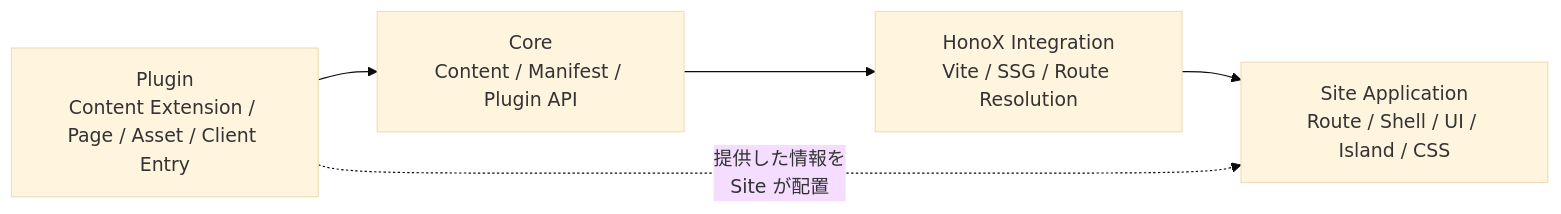
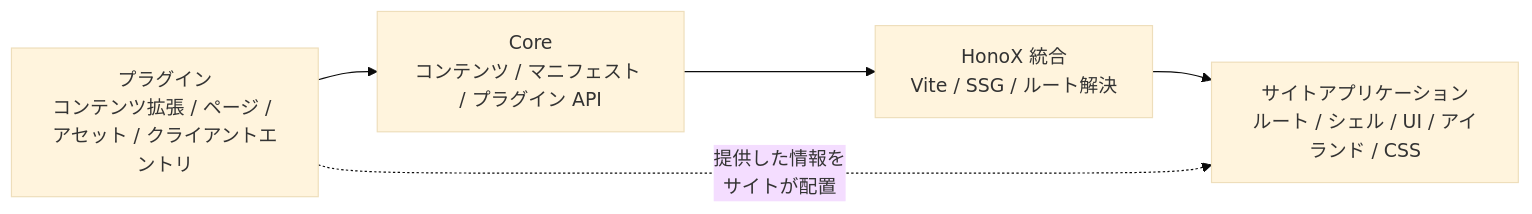
One commit to Rerurate514/riebeckite changed the fourth of 4 diagrams in docs/docs/framework/honox-integration.ja.md. Above: the diagram before and after it, drawn with Mermaid (base theme). The commit also changed other lines of this file and 310 other files, not shown here.

````diff
--- a/docs/docs/framework/honox-integration.ja.md
+++ b/docs/docs/framework/honox-integration.ja.md
@@ -305,12 +279,12 @@
 ```mermaid
 flowchart LR
-    Core["Core<br/>Content / Manifest / Plugin API"]
-    Integration["HonoX Integration<br/>Vite / SSG / Route Resolution"]
-    Plugin["Plugin<br/>Content Extension / Page / Asset / Client Entry"]
-    Site["Site Application<br/>Route / Shell / UI / Island / CSS"]
+    Core["Core<br/>コンテンツ / マニフェスト / プラグイン API"]
+    Integration["HonoX 統合<br/>Vite / SSG / ルート解決"]
+    Plugin["プラグイン<br/>コンテンツ拡張 / ページ / アセット / クライアントエントリ"]
+    Site["サイトアプリケーション<br/>ルート / シェル / UI / アイランド / CSS"]
 
     Core --> Integration
     Plugin --> Core
     Integration --> Site
-    Plugin -. "提供した情報を<br/>Site が配置" .-> Site
+    Plugin -. "提供した情報を<br/>サイトが配置" .-> Site
 ```
````
